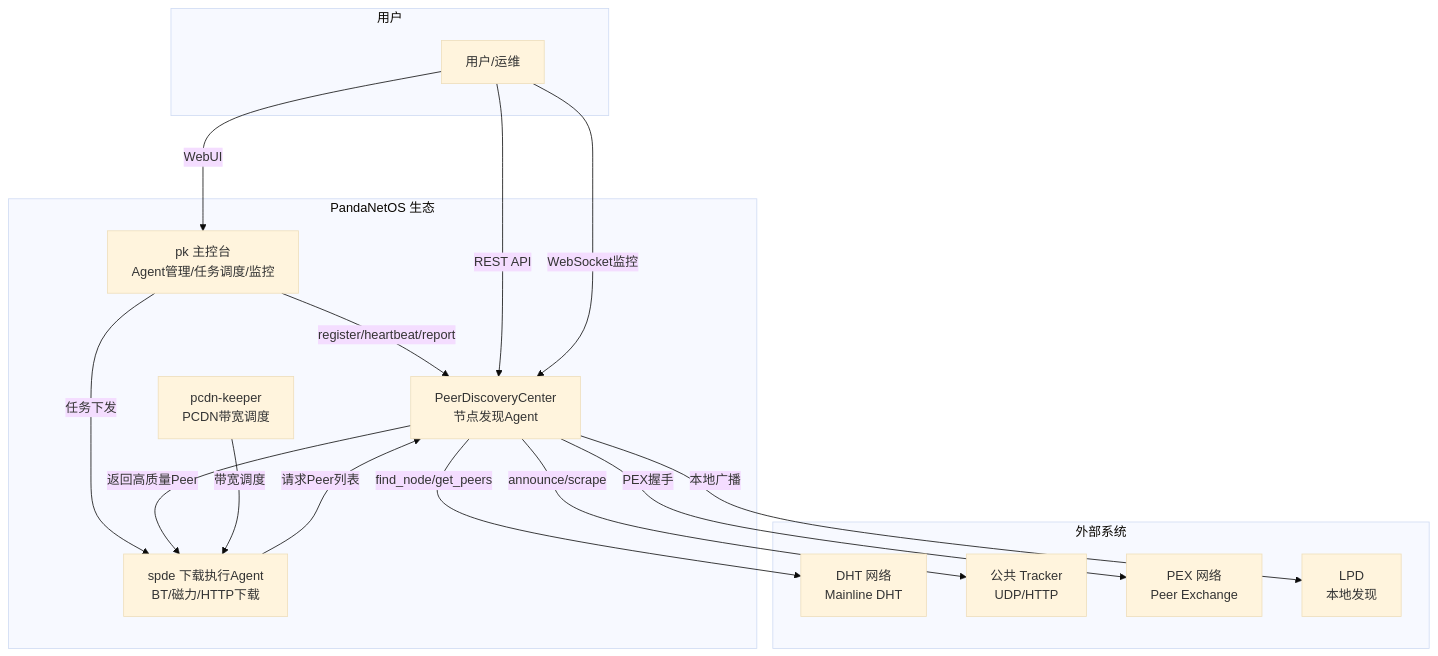
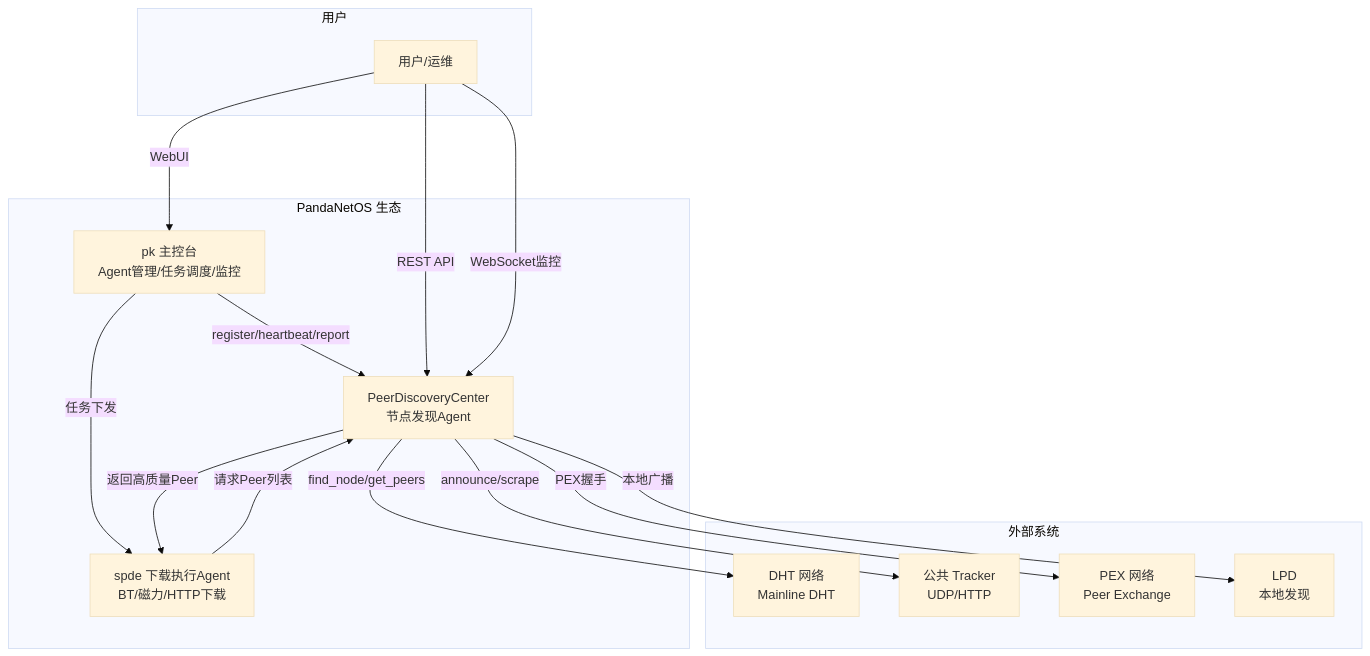
One commit to PandaNetOS/pdc changed the first of 3 diagrams in docs/architecture/01-system-context.md. Above: the diagram before and after it, drawn with Mermaid. The commit also changed other lines of this file, not shown here.

Commit message:
docs: 系统上下文图移除pcdn-keeper（已从生态移除）

````diff
--- a/docs/architecture/01-system-context.md
+++ b/docs/architecture/01-system-context.md
@@ -7,39 +7,37 @@
 ```mermaid
 %%{init: {'theme':'base', 'themeVariables': {'fontSize':'16px'}, 'flowchart': {'nodeSpacing': 50, 'rankSpacing': 80}, 'sequence': {'actorMargin': 50, 'messageMargin': 20}}}%%
 graph TB
     subgraph "PandaNetOS 生态"
         PK[pk 主控台<br/>Agent管理/任务调度/监控]
         SPDE[spde 下载执行Agent<br/>BT/磁力/HTTP下载]
         PDC[PeerDiscoveryCenter<br/>节点发现Agent]
-        PCDN[pcdn-keeper<br/>PCDN带宽调度]
     end
 
     subgraph "外部系统"
         DHT[DHT 网络<br/>Mainline DHT]
         TRACKER[公共 Tracker<br/>UDP/HTTP]
         PEX[PEX 网络<br/>Peer Exchange]
         LPD[LPD<br/>本地发现]
     end
 
     subgraph "用户"
         USER[用户/运维]
     end
 
     %% 生态内部交互
     PK -->|register/heartbeat/report| PDC
     PK -->|任务下发| SPDE
     SPDE -->|请求Peer列表| PDC
     PDC -->|返回高质量Peer| SPDE
-    PCDN -->|带宽调度| SPDE
 
     %% 外部网络交互
     PDC -->|find_node/get_peers| DHT
     PDC -->|announce/scrape| TRACKER
     PDC -->|PEX握手| PEX
     PDC -->|本地广播| LPD
 
     %% 用户交互
     USER -->|WebUI| PK
     USER -->|REST API| PDC
     USER -->|WebSocket监控| PDC
 ```
````
